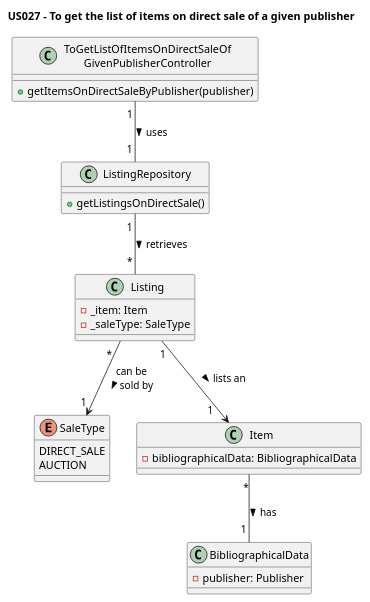
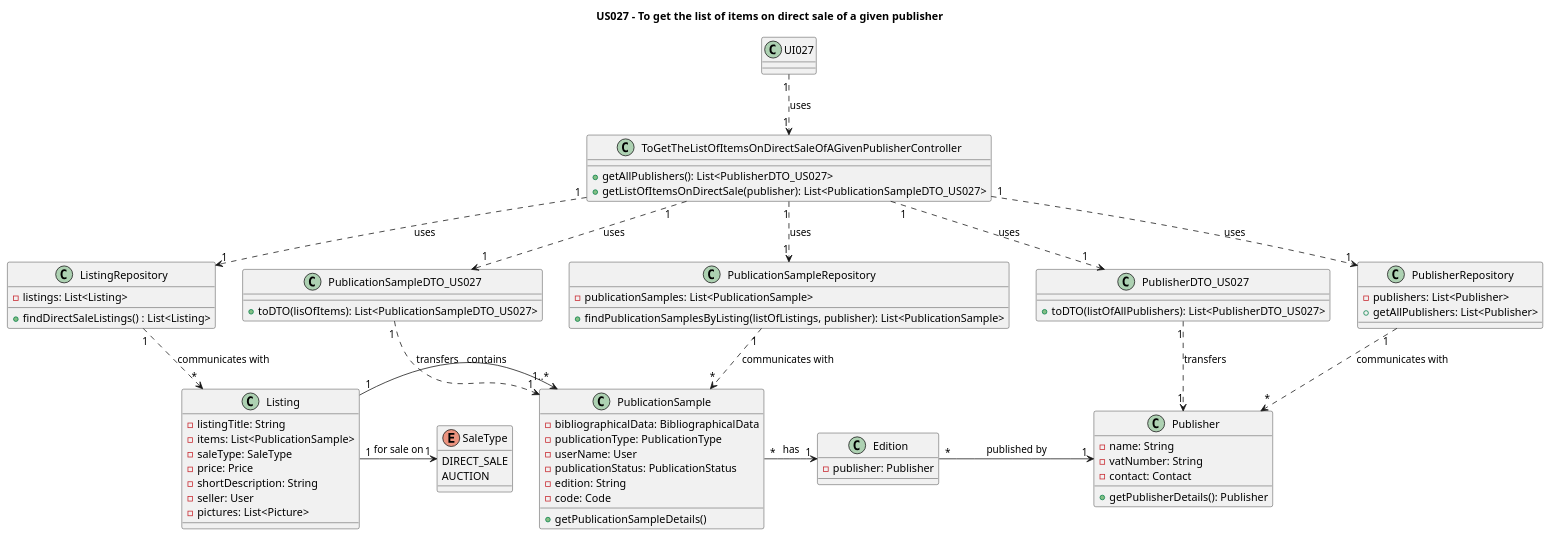
The diagram in Diagrams/ClassDiagrams/US027-to-get-list-of-items-on-direct-sale-of-given-publisher.puml (AndrePereiraGitH/SWitCH-Project-Team_A), drawn with PlantUML before and after one commit. The commit also changed 2 other files, not shown here.

```diff
--- a/Diagrams/ClassDiagrams/US027-to-get-list-of-items-on-direct-sale-of-given-publisher.puml
+++ b/Diagrams/ClassDiagrams/US027-to-get-list-of-items-on-direct-sale-of-given-publisher.puml
@@ -1,38 +1,100 @@
 @startuml
 title US027 - To get the list of items on direct sale of a given publisher
 
-class ToGetListOfItemsOnDirectSaleOf\nGivenPublisherController {
-  +getItemsOnDirectSaleByPublisher(publisher)
+class UI027 {
+}
+
+class ToGetTheListOfItemsOnDirectSaleOfAGivenPublisherController {
+    + getAllPublishers(): List<PublisherDTO_US027>
+    + getListOfItemsOnDirectSale(publisher): List<PublicationSampleDTO_US027>
+}
+
+class PublisherRepository {
+    - publishers: List<Publisher>
+    + getAllPublishers: List<Publisher>
+}
+
+class PublisherDTO_US027 {
+    + toDTO(listOfAllPublishers): List<PublisherDTO_US027>
+}
+
+class Publisher {
+    - name: String
+    - vatNumber: String
+    - contact: Contact
+    + getPublisherDetails(): Publisher
 }
 
 class ListingRepository {
-  +getListingsOnDirectSale()
+    - listings: List<Listing>
+    + findDirectSaleListings() : List<Listing>
+}
+
+class PublicationSampleRepository {
+    - publicationSamples: List<PublicationSample>
+    + findPublicationSamplesByListing(listOfListings, publisher): List<PublicationSample>
+}
+
+class PublicationSampleDTO_US027 {
+    + toDTO(lisOfItems): List<PublicationSampleDTO_US027>
+}
+
+class PublicationSample {
+    - bibliographicalData: BibliographicalData
+    - publicationType: PublicationType
+    - userName: User
+    - publicationStatus: PublicationStatus
+    - edition: String
+    - code: Code
+    + getPublicationSampleDetails()
 }
 
 class Listing {
-  - _item: Item
-  - _saleType: SaleType
+    - listingTitle: String
+    - items: List<PublicationSample>
+    - saleType: SaleType
+    - price: Price
+    - shortDescription: String
+    - seller: User
+    - pictures: List<Picture>
 }
 
 enum SaleType {
     DIRECT_SALE
     AUCTION
 }
 
-class Item {
-    - bibliographicalData: BibliographicalData
+class Edition {
+    - publisher: Publisher
 }
-
-class BibliographicalData {
-    - publisher: Publisher
-    }
 
 ' Interactions
 
-ToGetListOfItemsOnDirectSaleOf\nGivenPublisherController  "1 " -- "1 " ListingRepository : uses >
-ListingRepository "1 " -- " * " Listing : retrieves >
-Listing "                                *" --> "1 " SaleType : can be\nsold by >
-Listing "1"--> "1    " Item : lists an >
-Item "*" -- "1 " BibliographicalData: has >
+' Interactions
+
+UI027 "1" ..> "1" ToGetTheListOfItemsOnDirectSaleOfAGivenPublisherController : uses
+
+ToGetTheListOfItemsOnDirectSaleOfAGivenPublisherController "1" ..> "1" PublisherRepository: uses
+ToGetTheListOfItemsOnDirectSaleOfAGivenPublisherController "1" ..> "1" PublisherDTO_US027 : uses
+ToGetTheListOfItemsOnDirectSaleOfAGivenPublisherController "1" ..> "1" ListingRepository : uses
+ToGetTheListOfItemsOnDirectSaleOfAGivenPublisherController "1" ..> "1" PublicationSampleRepository : uses
+ToGetTheListOfItemsOnDirectSaleOfAGivenPublisherController "1" ..> "1" PublicationSampleDTO_US027 : uses
+
+PublisherRepository "1" ..> "*" Publisher : communicates with
+
+PublisherDTO_US027 "1" ..> "1" Publisher : transfers
+
+ListingRepository "1" ..> "*" Listing: communicates with
+
+PublicationSampleRepository "1" ..> "*" PublicationSample: communicates with
+
+PublicationSampleDTO_US027 "1" ..> "1" PublicationSample : transfers
+
+' Domain classes interactions
+
+Listing "1" -> "1..*" PublicationSample: contains
+PublicationSample "*" -> "1" Edition: has
+Edition "*" -> "1" Publisher: published by
+Listing "1" -> "1" SaleType: for sale on
 
 @enduml
```
